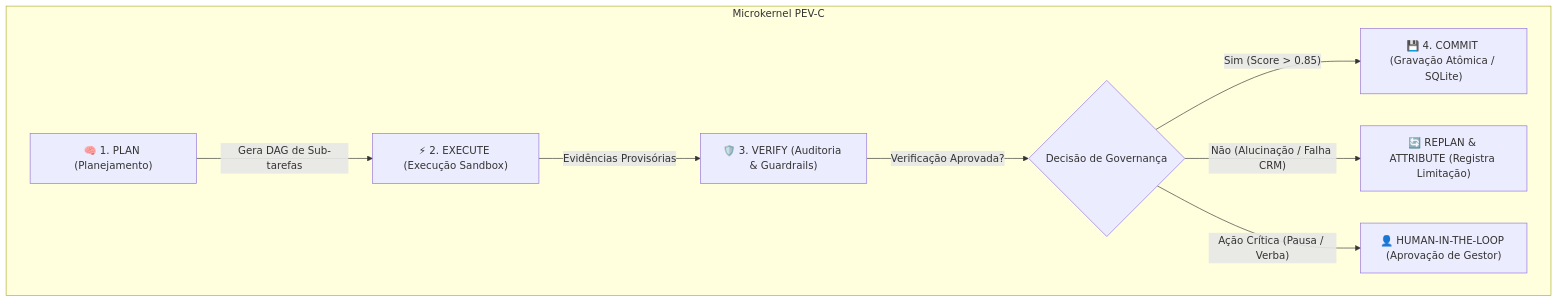
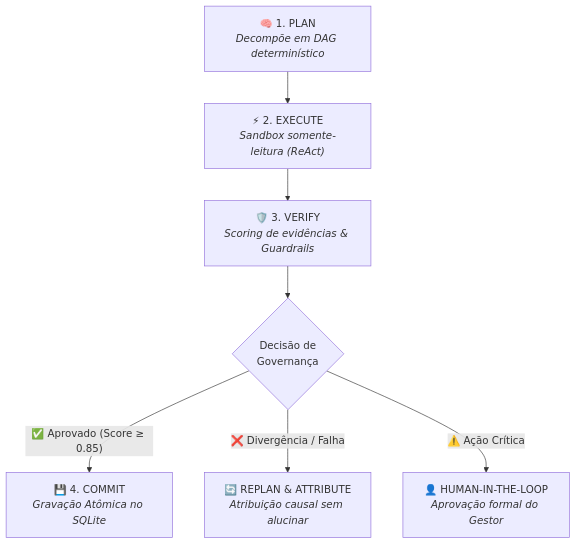
One commit to BabiDoo/agentic-orquestration changed the diagram in README.md. Above: the diagram before and after it, drawn with Mermaid.

Commit message:
microkernel

````diff
--- a/README.md
+++ b/README.md
@@ -23,11 +23,10 @@
 ```mermaid
 flowchart TD
-    subgraph Microkernel PEV-C
-        A["🧠 1. PLAN (Planejamento)"] -->|"Gera DAG de Sub-tarefas"| B["⚡ 2. EXECUTE (Execução Sandbox)"]
-        B -->|"Evidências Provisórias"| C["🛡️ 3. VERIFY (Auditoria & Guardrails)"]
-        C -->|"Verificação Aprovada?"| D{"Decisão de Governança"}
-        D -->|"Sim (Score > 0.85)"| E["💾 4. COMMIT (Gravação Atômica / SQLite)"]
-        D -->|"Não (Alucinação / Falha CRM)"| F["🔄 REPLAN & ATTRIBUTE (Registra Limitação)"]
-        D -->|"Ação Crítica (Pausa / Verba)"| G["👤 HUMAN-IN-THE-LOOP (Aprovação de Gestor)"]
-    end
+    A["🧠 1. PLAN<br/><i>Decompõe em DAG determinístico</i>"] --> B["⚡ 2. EXECUTE<br/><i>Sandbox somente-leitura (ReAct)</i>"]
+    B --> C["🛡️ 3. VERIFY<br/><i>Scoring de evidências & Guardrails</i>"]
+    C --> D{"Decisão de<br/>Governança"}
+    
+    D -->|"✅ Aprovado (Score ≥ 0.85)"| E["💾 4. COMMIT<br/><i>Gravação Atômica no SQLite</i>"]
+    D -->|"❌ Divergência / Falha"| F["🔄 REPLAN & ATTRIBUTE<br/><i>Atribuição causal sem alucinar</i>"]
+    D -->|"⚠️ Ação Crítica"| G["👤 HUMAN-IN-THE-LOOP<br/><i>Aprovação formal do Gestor</i>"]
 ```
````
